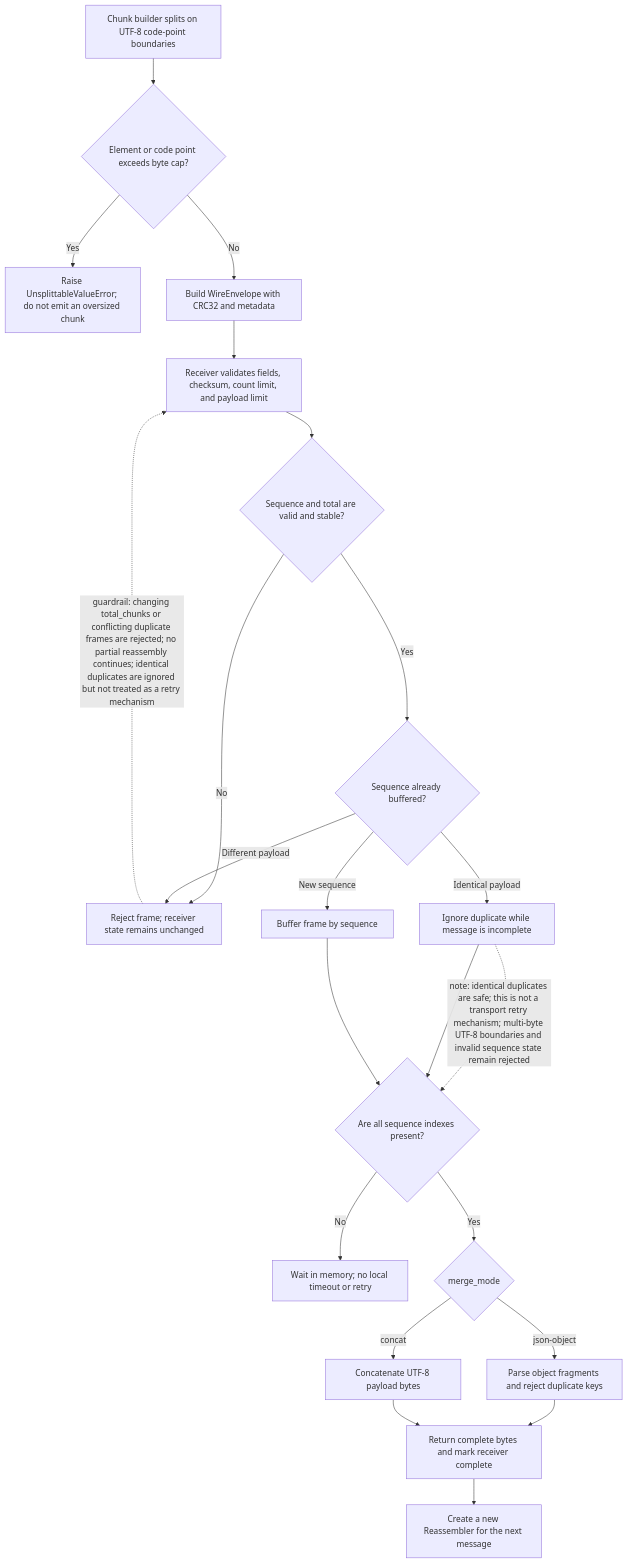
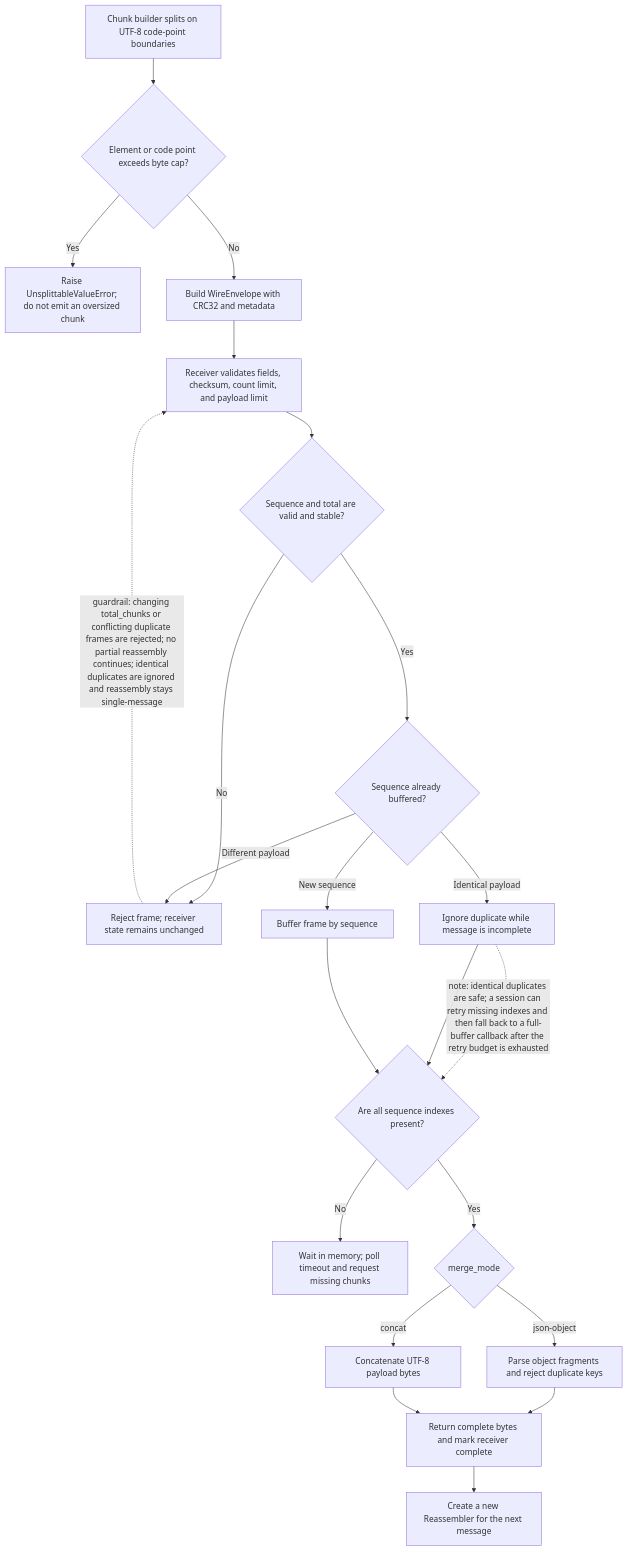
The diagram in diagrams/adaptive-response-delivery/failure-recovery.mmd (Hrithikesh-Computer/production-agentic-ai), drawn with Mermaid before and after one commit. The commit also changed 33 other files, not shown here.

```diff
--- a/diagrams/adaptive-response-delivery/failure-recovery.mmd
+++ b/diagrams/adaptive-response-delivery/failure-recovery.mmd
@@ -1,22 +1,22 @@
 flowchart TD
     A[Chunk builder splits on UTF-8 code-point boundaries] --> B{Element or code point exceeds byte cap?}
     B -->|Yes| C[Raise UnsplittableValueError; do not emit an oversized chunk]
     B -->|No| D[Build WireEnvelope with CRC32 and metadata]
     D --> E[Receiver validates fields, checksum, count limit, and payload limit]
     E --> F{Sequence and total are valid and stable?}
     F -->|No| G[Reject frame; receiver state remains unchanged]
     F -->|Yes| H{Sequence already buffered?}
     H -->|Identical payload| I[Ignore duplicate while message is incomplete]
     H -->|Different payload| G
-    G -. guardrail: changing total_chunks or conflicting duplicate frames are rejected; no partial reassembly continues; identical duplicates are ignored but not treated as a retry mechanism .-> E
-    I -. note: identical duplicates are safe; this is not a transport retry mechanism; multi-byte UTF-8 boundaries and invalid sequence state remain rejected .-> K
+    G -. guardrail: changing total_chunks or conflicting duplicate frames are rejected; no partial reassembly continues; identical duplicates are ignored and reassembly stays single-message .-> E
+    I -. note: identical duplicates are safe; a session can retry missing indexes and then fall back to a full-buffer callback after the retry budget is exhausted .-> K
     H -->|New sequence| J[Buffer frame by sequence]
     I --> K{Are all sequence indexes present?}
     J --> K
-    K -->|No| L[Wait in memory; no local timeout or retry]
+    K -->|No| L[Wait in memory; poll timeout and request missing chunks]
     K -->|Yes| M{merge_mode}
     M -->|json-object| N[Parse object fragments and reject duplicate keys]
     M -->|concat| O[Concatenate UTF-8 payload bytes]
     N --> P[Return complete bytes and mark receiver complete]
     O --> P
     P --> Q[Create a new Reassembler for the next message]
```
